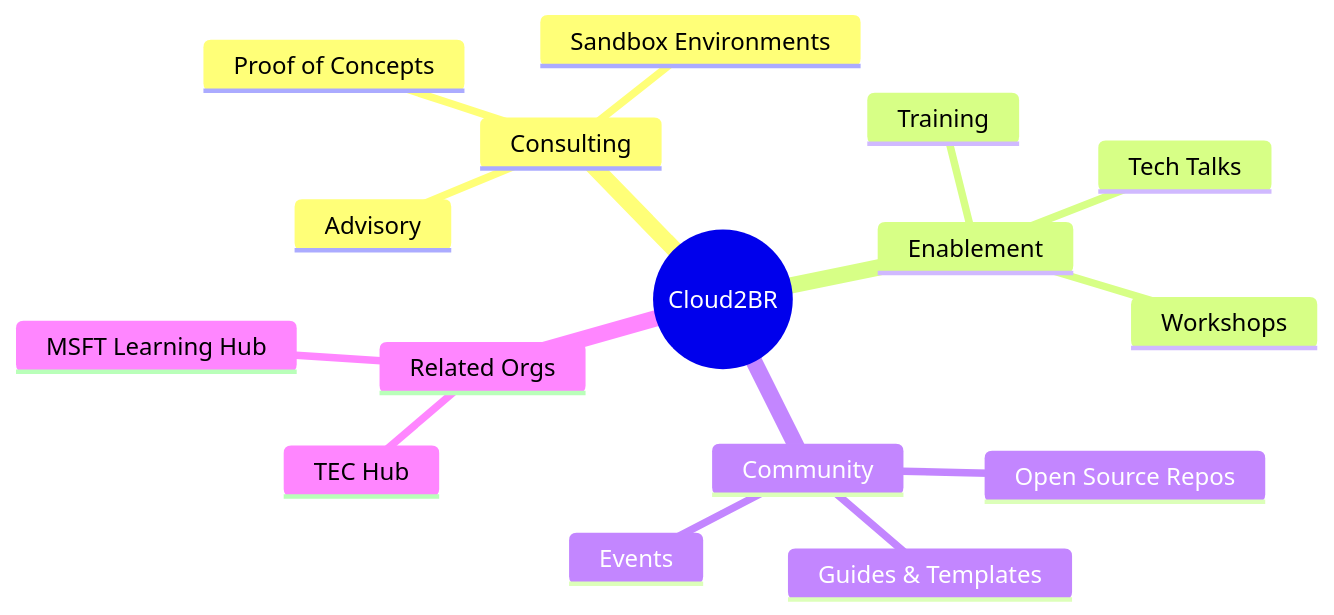
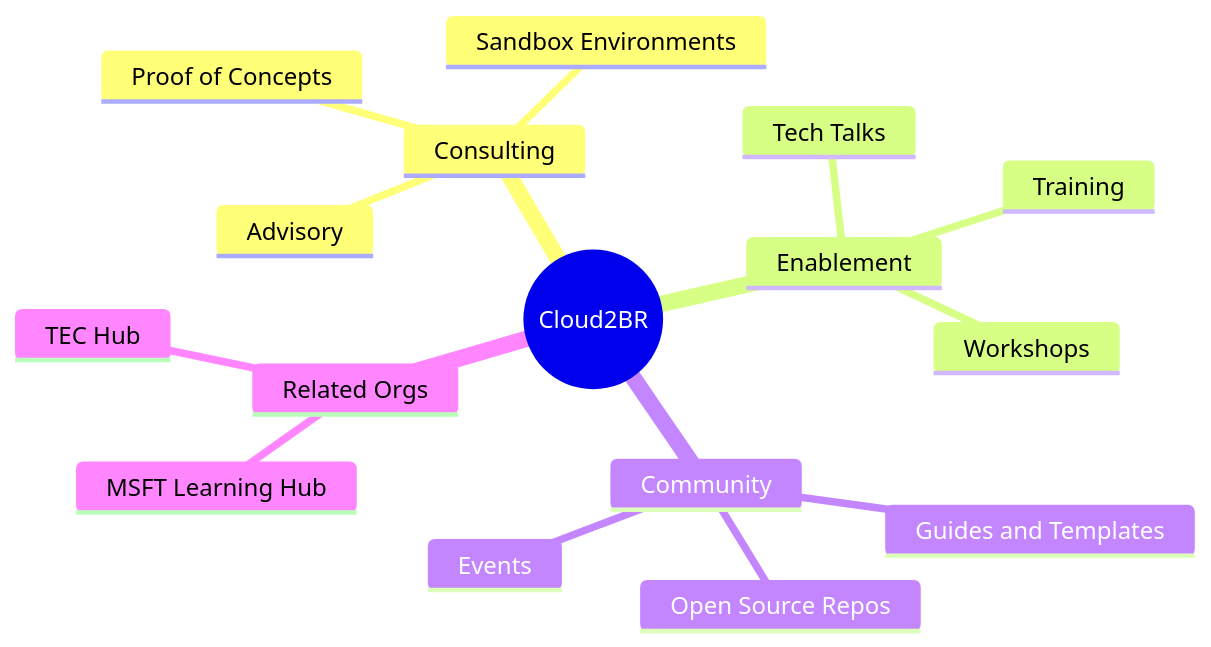
One commit to Cloud2BR/.github changed the first of 2 diagrams in profile/README.md. Above: the diagram before and after it, drawn with Mermaid. The commit also changed other lines of this file, not shown here.

````diff
--- a/profile/README.md
+++ b/profile/README.md
@@ -23,19 +23,19 @@
 ```mermaid
 mindmap
   root((Cloud2BR))
     Consulting
       Proof of Concepts
       Sandbox Environments
       Advisory
     Enablement
       Training
       Tech Talks
       Workshops
     Community
       Open Source Repos
-      Guides & Templates
+      Guides and Templates
       Events
     Related Orgs
       TEC Hub
       MSFT Learning Hub
 ```
````
